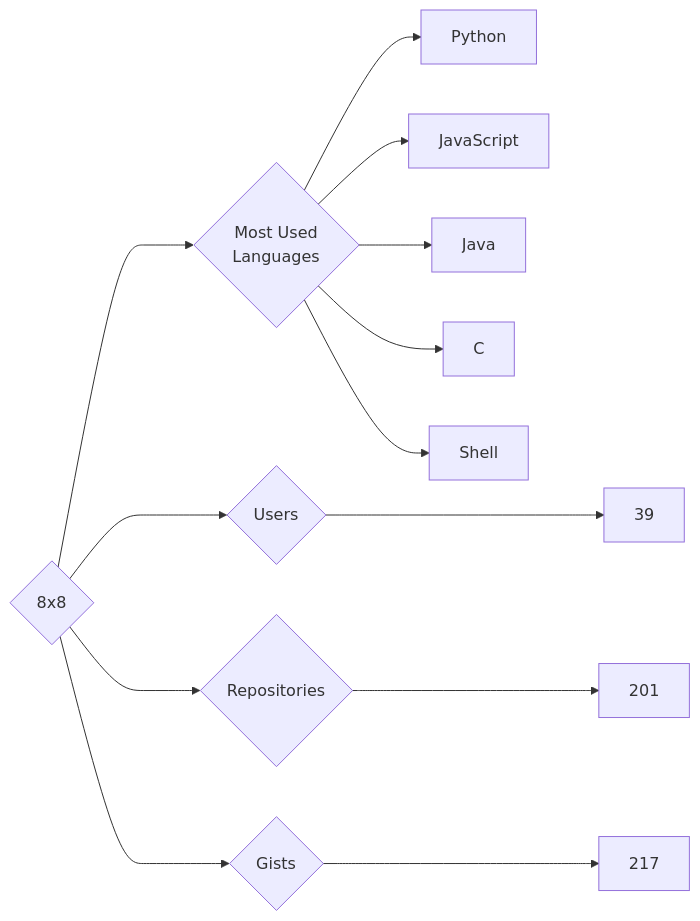
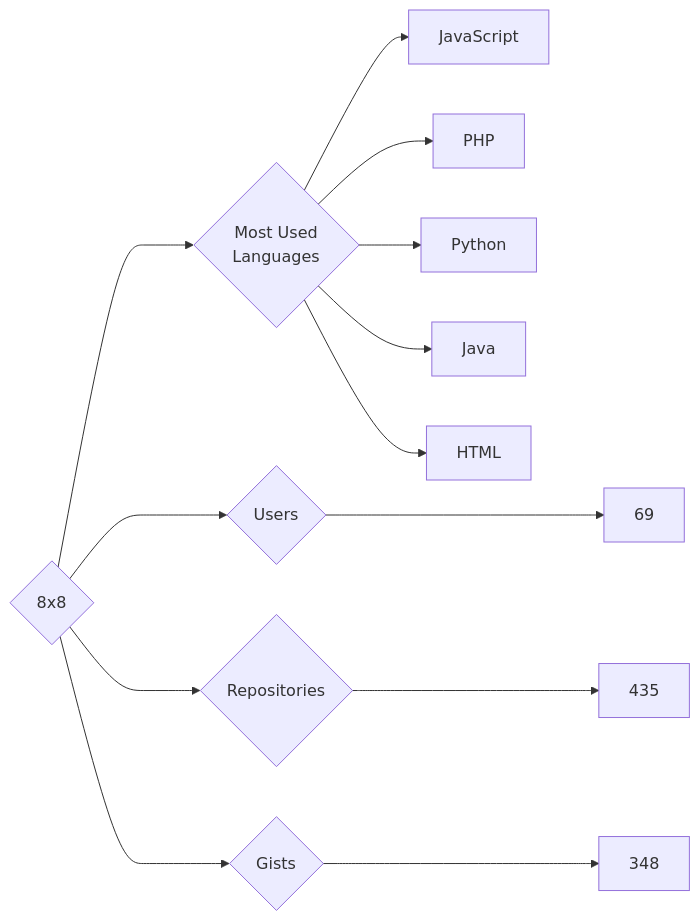
Before and after one commit to trickest/insiders: the diagram in targets/8x8/README.md, drawn with Mermaid. The commit also changed 944 other files, not shown here.

````diff
--- a/targets/8x8/README.md
+++ b/targets/8x8/README.md
@@ -3,13 +3,13 @@
 ```mermaid
 graph LR
 COMPANY_NAME{8x8}
-COMPANY_NAME ---> U{Users} ---> UN[39]
-COMPANY_NAME ---> R{Repositories} ---> RN[201]
-COMPANY_NAME ---> G{Gists} ---> GN[217]
+COMPANY_NAME ---> U{Users} ---> UN[69]
+COMPANY_NAME ---> R{Repositories} ---> RN[435]
+COMPANY_NAME ---> G{Gists} ---> GN[348]
 COMPANY_NAME ---> ML{Most Used<br>Languages}
+ML --> JavaScript[JavaScript]
+ML --> PHP[PHP]
 ML --> Python[Python]
-ML --> JavaScript[JavaScript]
 ML --> Java[Java]
-ML --> C[C]
-ML --> Shell[Shell]
+ML --> HTML[HTML]
 ```
````
